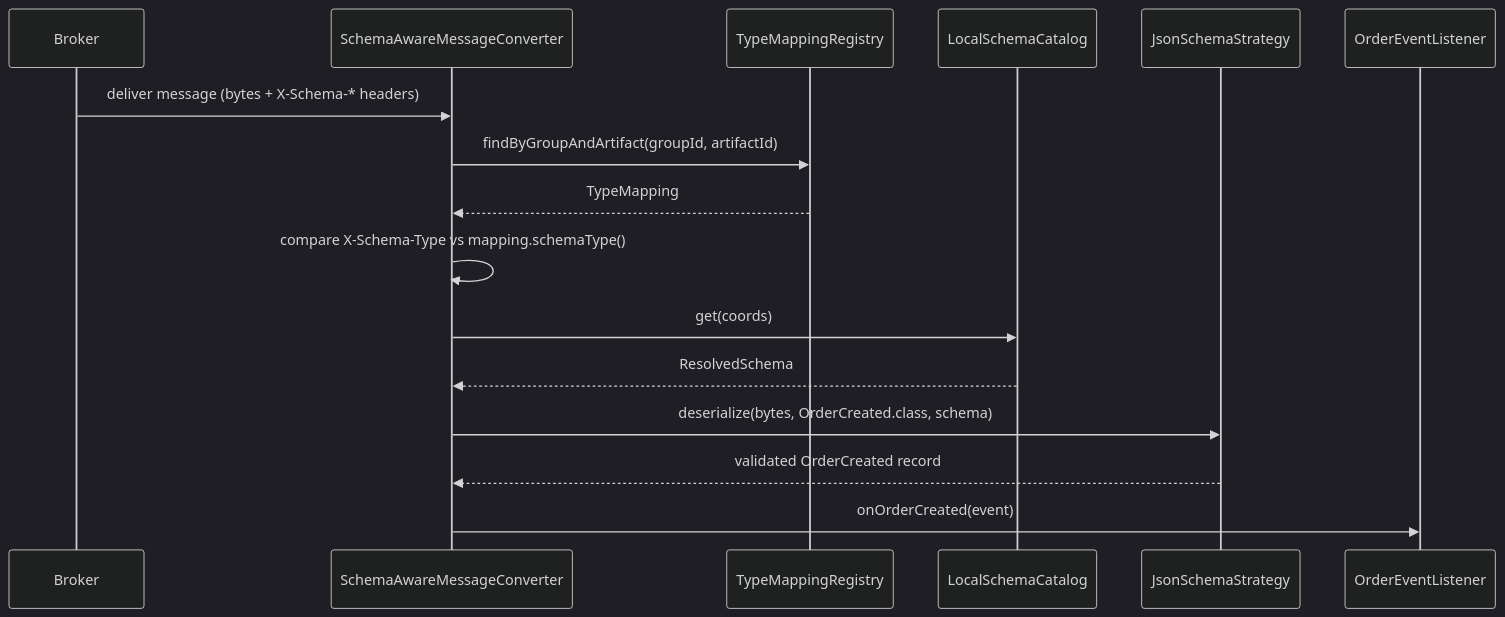
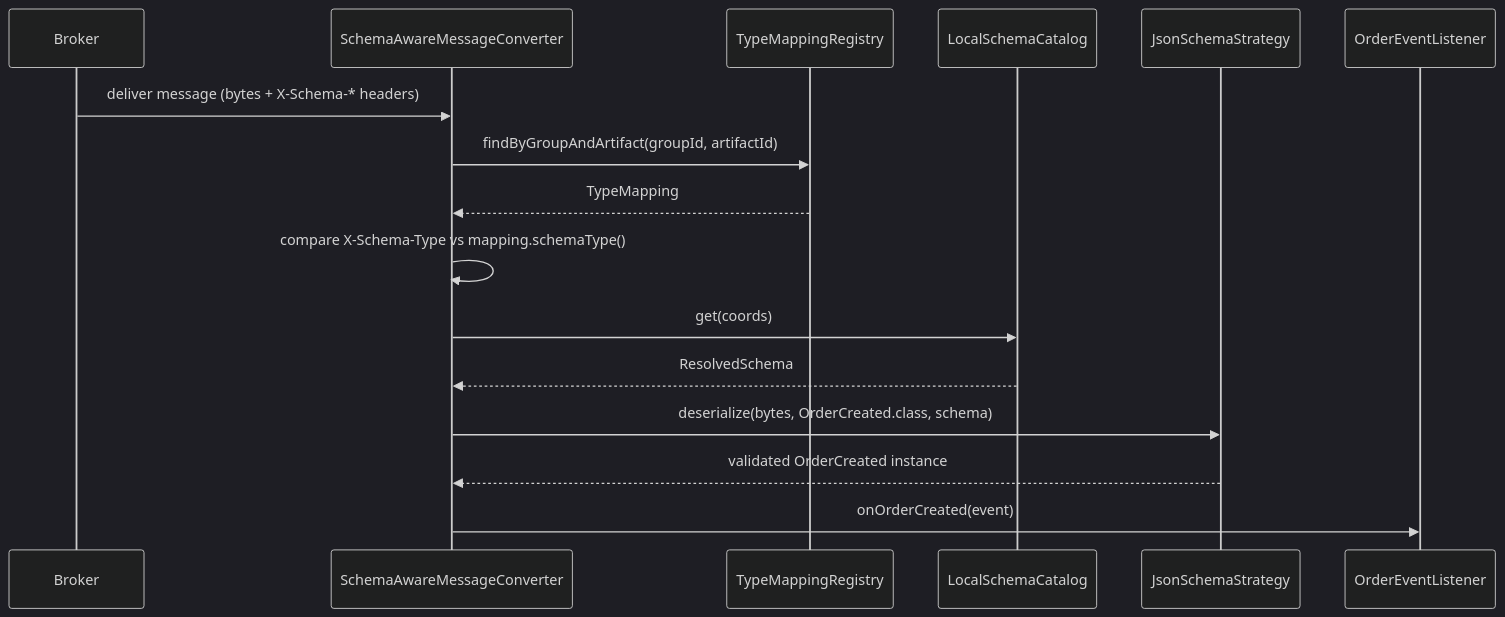
Before and after one commit to anarefin/schema-registry-demo: the third of 4 diagrams in docs/TUTORIAL.md, drawn with Mermaid (dark theme). The commit also changed other lines of this file and 108 other files, not shown here.

````diff
--- a/docs/TUTORIAL.md
+++ b/docs/TUTORIAL.md
@@ -514,19 +514,19 @@
 ```mermaid
 sequenceDiagram
     participant B as Broker
     participant C as SchemaAwareMessageConverter
     participant TM as TypeMappingRegistry
     participant Cat as LocalSchemaCatalog
     participant JS as JsonSchemaStrategy
     participant L as OrderEventListener
 
     B->>C: deliver message (bytes + X-Schema-* headers)
     C->>TM: findByGroupAndArtifact(groupId, artifactId)
     TM-->>C: TypeMapping
     C->>C: compare X-Schema-Type vs mapping.schemaType()
     C->>Cat: get(coords)
     Cat-->>C: ResolvedSchema
     C->>JS: deserialize(bytes, OrderCreated.class, schema)
-    JS-->>C: validated OrderCreated record
+    JS-->>C: validated OrderCreated instance
     C->>L: onOrderCreated(event)
 ```
````
